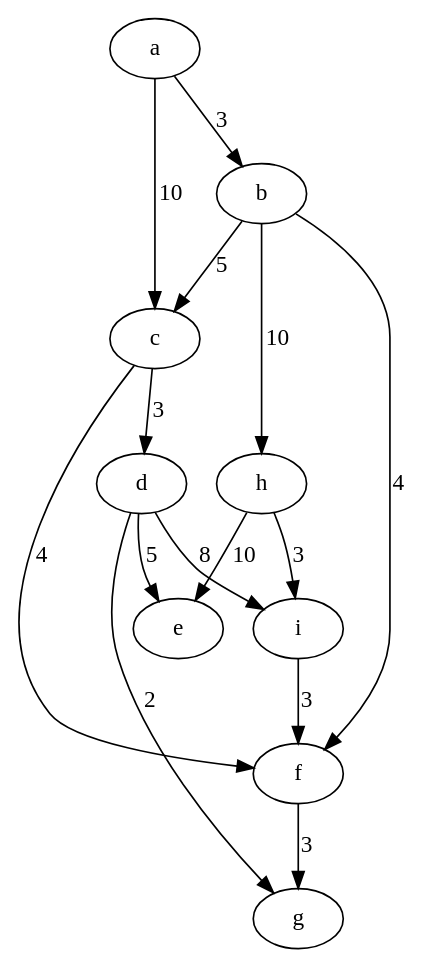
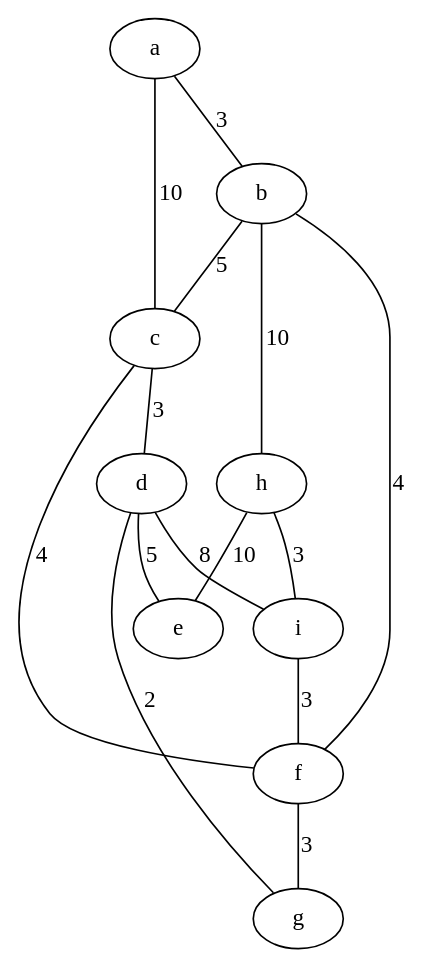
One commit to ArthurJoseAS/shortest_paths-spanning_trees changed the diagram in imagedata/example1.dot. Above: the diagram before and after it, drawn with Graphviz. The commit also changed 4 other files, not shown here.

```diff
--- a/imagedata/example1.dot
+++ b/imagedata/example1.dot
@@ -1,16 +1,16 @@
-digraph graphname {
-    a -> b [weight=3, label="3"]
-    b -> c [weight=5, label="5"]
-    a -> c [weight=10, label="10"]
-    c -> d [weight=3, label="3"]
-    c -> f [weight=4, label="4"]
-    f -> g [weight=3, label="3"]
-    b -> f [weight=4, label="4"]
-    b -> h [weight=10, label="10"]
-    h -> i [weight=3, label="3"]
-    d -> g [weight=2, label="2"]
-    i -> f [weight=3, label="3"]
-    h -> e [weight=10, label=10]
-    d -> e [weight=5, label=5]
-    d -> i [weight=8, label=8]
+graph graphname {
+    a -- b [weight=3, label="3"]
+    b -- c [weight=5, label="5"]
+    a -- c [weight=10, label="10"]
+    c -- d [weight=3, label="3"]
+    c -- f [weight=4, label="4"]
+    f -- g [weight=3, label="3"]
+    b -- f [weight=4, label="4"]
+    b -- h [weight=10, label="10"]
+    h -- i [weight=3, label="3"]
+    d -- g [weight=2, label="2"]
+    i -- f [weight=3, label="3"]
+    h -- e [weight=10, label=10]
+    d -- e [weight=5, label=5]
+    d -- i [weight=8, label=8]
 }
```
